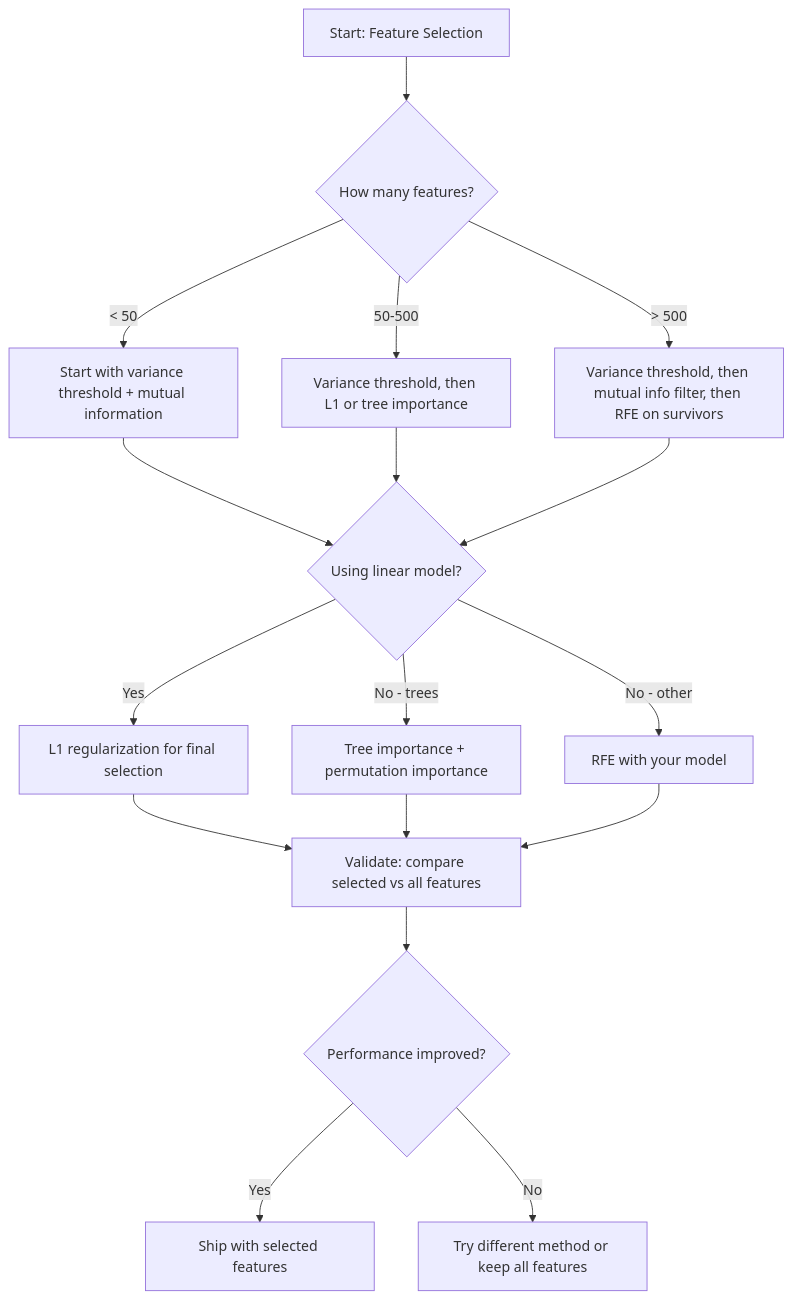
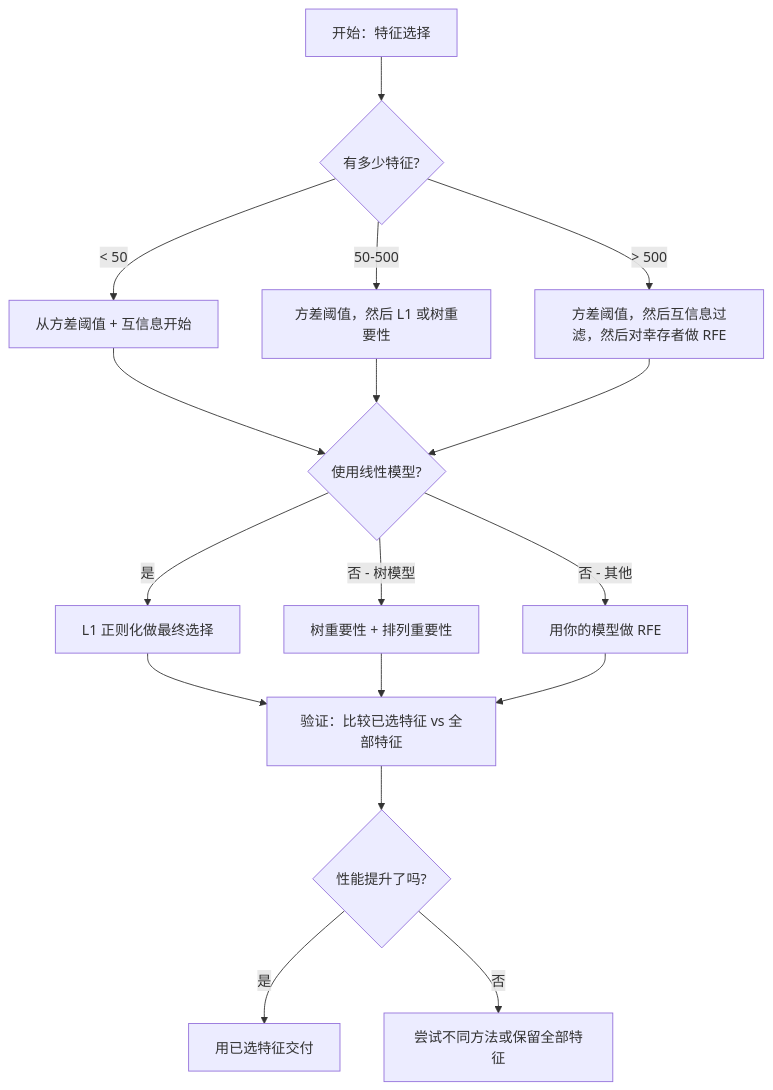
One commit to guangningsun/ailearning changed the fourth of 4 diagrams in lessons/02-ml-fundamentals/18-feature-selection/docs/zh.md. Above: the diagram before and after it, drawn with Mermaid. The commit also changed other lines of this file and 53 other files, not shown here.

````diff
--- a/lessons/02-ml-fundamentals/18-feature-selection/docs/zh.md
+++ b/lessons/02-ml-fundamentals/18-feature-selection/docs/zh.md
@@ -181,23 +181,23 @@
 ```mermaid
 flowchart TD
-    A[Start: Feature Selection] --> B{How many features?}
-    B -->|"< 50"| C["Start with variance threshold + mutual information"]
-    B -->|"50-500"| D["Variance threshold, then L1 or tree importance"]
-    B -->|"> 500"| E["Variance threshold, then mutual info filter, then RFE on survivors"]
+    A[开始：特征选择] --> B{有多少特征?}
+    B -->|"< 50"| C["从方差阈值 + 互信息开始"]
+    B -->|"50-500"| D["方差阈值，然后 L1 或树重要性"]
+    B -->|"> 500"| E["方差阈值，然后互信息过滤，然后对幸存者做 RFE"]
 
-    C --> F{Using linear model?}
+    C --> F{使用线性模型?}
     D --> F
     E --> F
 
-    F -->|Yes| G["L1 regularization for final selection"]
-    F -->|No - trees| H["Tree importance + permutation importance"]
-    F -->|No - other| I["RFE with your model"]
+    F -->|是| G["L1 正则化做最终选择"]
+    F -->|否 - 树模型| H["树重要性 + 排列重要性"]
+    F -->|否 - 其他| I["用你的模型做 RFE"]
 
-    G --> J[Validate: compare selected vs all features]
+    G --> J[验证：比较已选特征 vs 全部特征]
     H --> J
     I --> J
 
-    J --> K{Performance improved?}
-    K -->|Yes| L["Ship with selected features"]
-    K -->|No| M["Try different method or keep all features"]
+    J --> K{性能提升了吗?}
+    K -->|是| L["用已选特征交付"]
+    K -->|否| M["尝试不同方法或保留全部特征"]
 ```
````
